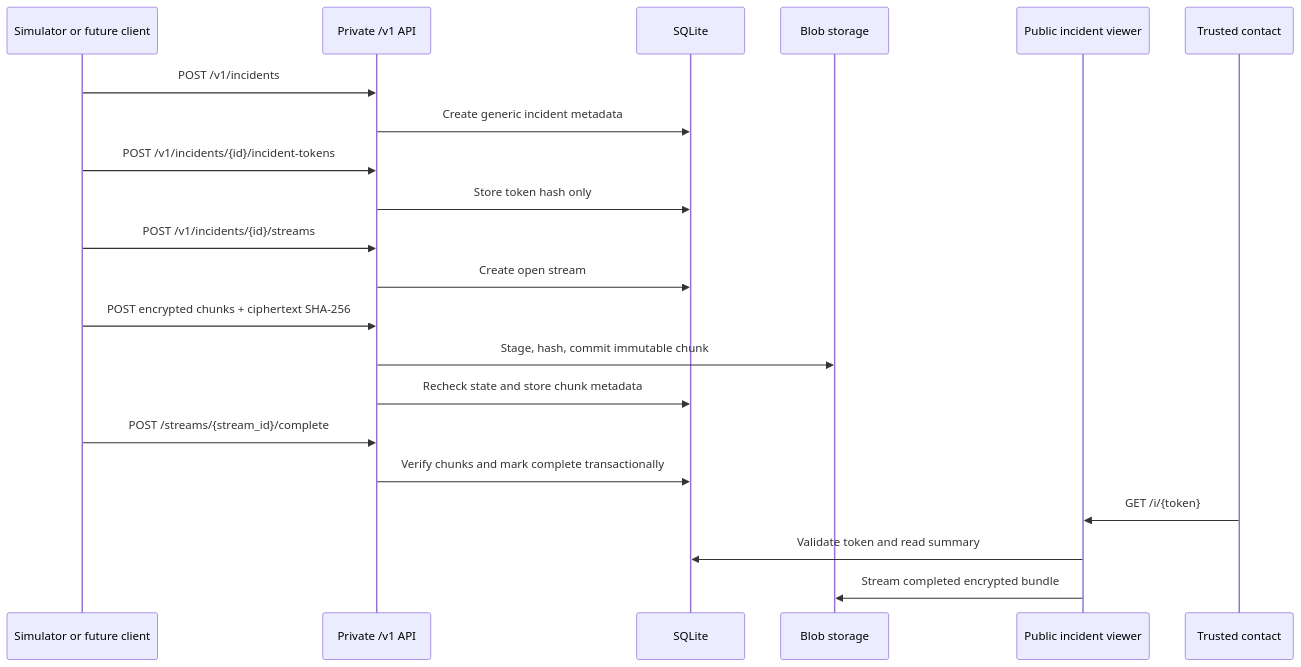
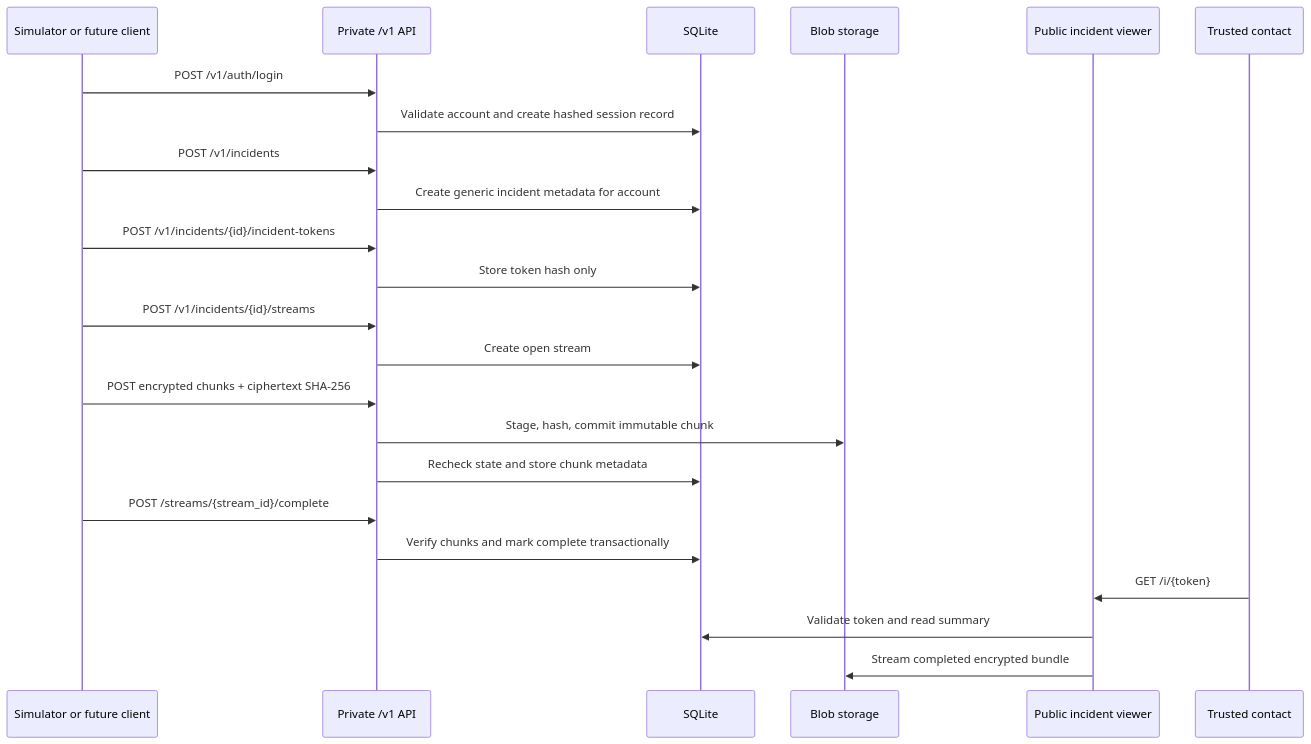
One commit to open-proofline/server changed the third of 4 diagrams in docs/architecture.md. Above: the diagram before and after it, drawn with Mermaid. The commit also changed other lines of this file and 75 other files, not shown here.

Commit message:
Implement v1 local account auth

````diff
--- a/docs/architecture.md
+++ b/docs/architecture.md
@@ -96,24 +97,26 @@
 ```mermaid
 sequenceDiagram
     participant Client as Simulator or future client
     participant Private as Private /v1 API
     participant DB as SQLite
     participant Blob as Blob storage
     participant Public as Public incident viewer
     participant Contact as Trusted contact
 
+    Client->>Private: POST /v1/auth/login
+    Private->>DB: Validate account and create hashed session record
     Client->>Private: POST /v1/incidents
-    Private->>DB: Create generic incident metadata
+    Private->>DB: Create generic incident metadata for account
     Client->>Private: POST /v1/incidents/{id}/incident-tokens
     Private->>DB: Store token hash only
     Client->>Private: POST /v1/incidents/{id}/streams
     Private->>DB: Create open stream
     Client->>Private: POST encrypted chunks + ciphertext SHA-256
     Private->>Blob: Stage, hash, commit immutable chunk
     Private->>DB: Recheck state and store chunk metadata
     Client->>Private: POST /streams/{stream_id}/complete
     Private->>DB: Verify chunks and mark complete transactionally
     Contact->>Public: GET /i/{token}
     Public->>DB: Validate token and read summary
     Public->>Blob: Stream completed encrypted bundle
 ```
````
